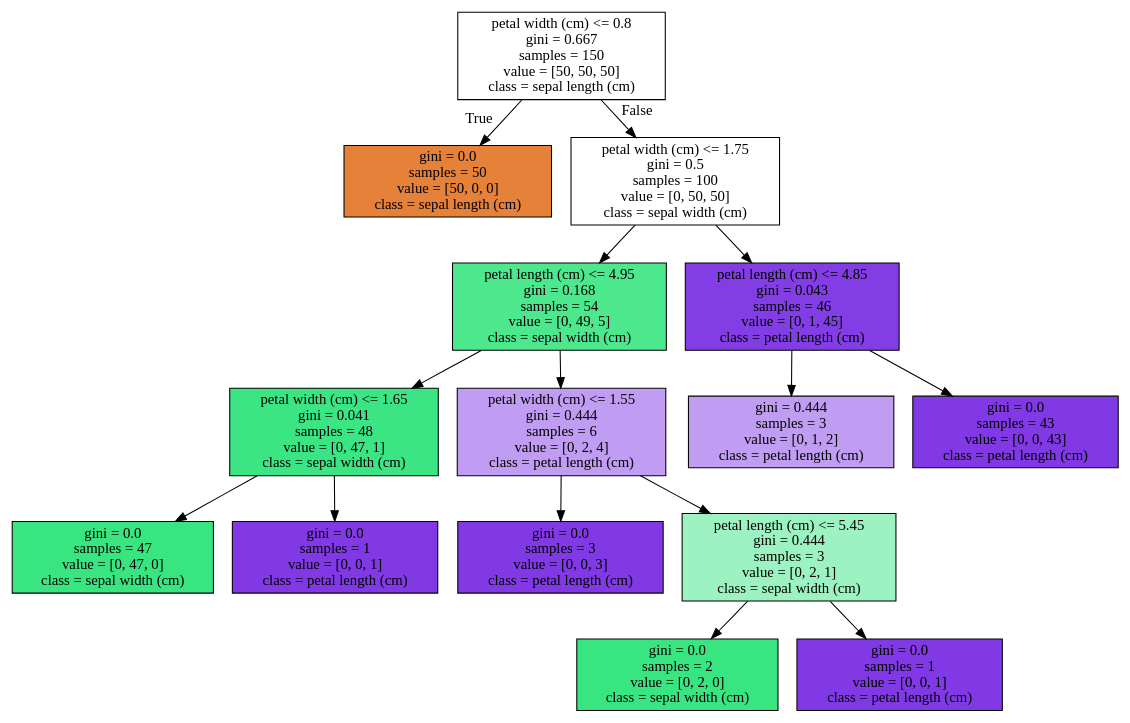
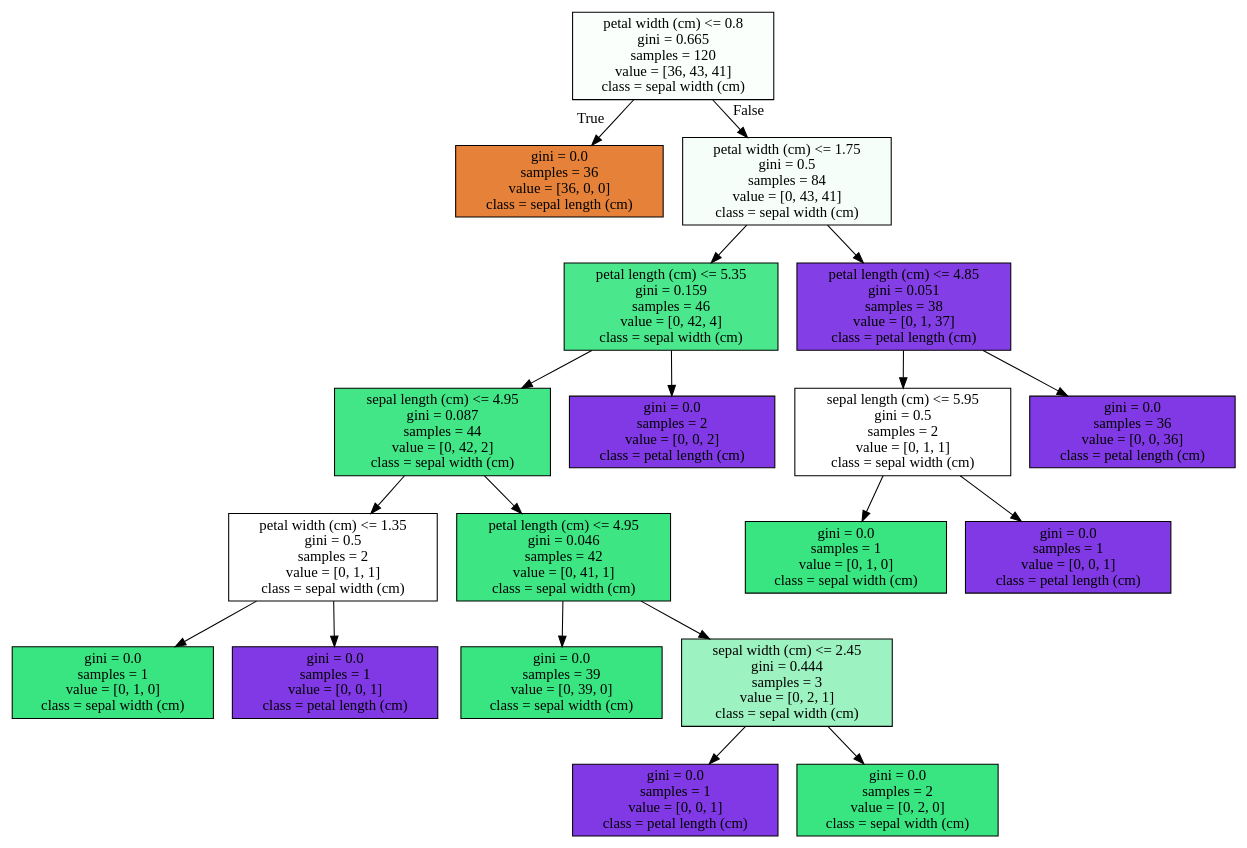
One commit to sohyeondian/python3 changed the diagram in source/iris_tree.dot. Above: the diagram before and after it, drawn with Graphviz. The commit also changed 22 other files, not shown here.

```diff
--- a/source/iris_tree.dot
+++ b/source/iris_tree.dot
@@ -1,32 +1,40 @@
 digraph Tree {
 node [shape=box, style="filled", color="black"] ;
-0 [label="petal width (cm) <= 0.8\ngini = 0.667\nsamples = 150\nvalue = [50, 50, 50]\nclass = sepal length (cm)", fillcolor="#e5813900"] ;
-1 [label="gini = 0.0\nsamples = 50\nvalue = [50, 0, 0]\nclass = sepal length (cm)", fillcolor="#e58139ff"] ;
+0 [label="petal width (cm) <= 0.8\ngini = 0.665\nsamples = 120\nvalue = [36, 43, 41]\nclass = sepal width (cm)", fillcolor="#39e58106"] ;
+1 [label="gini = 0.0\nsamples = 36\nvalue = [36, 0, 0]\nclass = sepal length (cm)", fillcolor="#e58139ff"] ;
 0 -> 1 [labeldistance=2.5, labelangle=45, headlabel="True"] ;
-2 [label="petal width (cm) <= 1.75\ngini = 0.5\nsamples = 100\nvalue = [0, 50, 50]\nclass = sepal width (cm)", fillcolor="#39e58100"] ;
+2 [label="petal width (cm) <= 1.75\ngini = 0.5\nsamples = 84\nvalue = [0, 43, 41]\nclass = sepal width (cm)", fillcolor="#39e5810c"] ;
 0 -> 2 [labeldistance=2.5, labelangle=-45, headlabel="False"] ;
-3 [label="petal length (cm) <= 4.95\ngini = 0.168\nsamples = 54\nvalue = [0, 49, 5]\nclass = sepal width (cm)", fillcolor="#39e581e5"] ;
+3 [label="petal length (cm) <= 5.35\ngini = 0.159\nsamples = 46\nvalue = [0, 42, 4]\nclass = sepal width (cm)", fillcolor="#39e581e7"] ;
 2 -> 3 ;
-4 [label="petal width (cm) <= 1.65\ngini = 0.041\nsamples = 48\nvalue = [0, 47, 1]\nclass = sepal width (cm)", fillcolor="#39e581fa"] ;
+4 [label="sepal length (cm) <= 4.95\ngini = 0.087\nsamples = 44\nvalue = [0, 42, 2]\nclass = sepal width (cm)", fillcolor="#39e581f3"] ;
 3 -> 4 ;
-5 [label="gini = 0.0\nsamples = 47\nvalue = [0, 47, 0]\nclass = sepal width (cm)", fillcolor="#39e581ff"] ;
+5 [label="petal width (cm) <= 1.35\ngini = 0.5\nsamples = 2\nvalue = [0, 1, 1]\nclass = sepal width (cm)", fillcolor="#39e58100"] ;
 4 -> 5 ;
-6 [label="gini = 0.0\nsamples = 1\nvalue = [0, 0, 1]\nclass = petal length (cm)", fillcolor="#8139e5ff"] ;
-4 -> 6 ;
-7 [label="petal width (cm) <= 1.55\ngini = 0.444\nsamples = 6\nvalue = [0, 2, 4]\nclass = petal length (cm)", fillcolor="#8139e57f"] ;
-3 -> 7 ;
-8 [label="gini = 0.0\nsamples = 3\nvalue = [0, 0, 3]\nclass = petal length (cm)", fillcolor="#8139e5ff"] ;
-7 -> 8 ;
-9 [label="petal length (cm) <= 5.45\ngini = 0.444\nsamples = 3\nvalue = [0, 2, 1]\nclass = sepal width (cm)", fillcolor="#39e5817f"] ;
-7 -> 9 ;
-10 [label="gini = 0.0\nsamples = 2\nvalue = [0, 2, 0]\nclass = sepal width (cm)", fillcolor="#39e581ff"] ;
-9 -> 10 ;
+6 [label="gini = 0.0\nsamples = 1\nvalue = [0, 1, 0]\nclass = sepal width (cm)", fillcolor="#39e581ff"] ;
+5 -> 6 ;
+7 [label="gini = 0.0\nsamples = 1\nvalue = [0, 0, 1]\nclass = petal length (cm)", fillcolor="#8139e5ff"] ;
+5 -> 7 ;
+8 [label="petal length (cm) <= 4.95\ngini = 0.046\nsamples = 42\nvalue = [0, 41, 1]\nclass = sepal width (cm)", fillcolor="#39e581f9"] ;
+4 -> 8 ;
+9 [label="gini = 0.0\nsamples = 39\nvalue = [0, 39, 0]\nclass = sepal width (cm)", fillcolor="#39e581ff"] ;
+8 -> 9 ;
+10 [label="sepal width (cm) <= 2.45\ngini = 0.444\nsamples = 3\nvalue = [0, 2, 1]\nclass = sepal width (cm)", fillcolor="#39e5817f"] ;
+8 -> 10 ;
 11 [label="gini = 0.0\nsamples = 1\nvalue = [0, 0, 1]\nclass = petal length (cm)", fillcolor="#8139e5ff"] ;
-9 -> 11 ;
-12 [label="petal length (cm) <= 4.85\ngini = 0.043\nsamples = 46\nvalue = [0, 1, 45]\nclass = petal length (cm)", fillcolor="#8139e5f9"] ;
-2 -> 12 ;
-13 [label="gini = 0.444\nsamples = 3\nvalue = [0, 1, 2]\nclass = petal length (cm)", fillcolor="#8139e57f"] ;
-12 -> 13 ;
-14 [label="gini = 0.0\nsamples = 43\nvalue = [0, 0, 43]\nclass = petal length (cm)", fillcolor="#8139e5ff"] ;
-12 -> 14 ;
+10 -> 11 ;
+12 [label="gini = 0.0\nsamples = 2\nvalue = [0, 2, 0]\nclass = sepal width (cm)", fillcolor="#39e581ff"] ;
+10 -> 12 ;
+13 [label="gini = 0.0\nsamples = 2\nvalue = [0, 0, 2]\nclass = petal length (cm)", fillcolor="#8139e5ff"] ;
+3 -> 13 ;
+14 [label="petal length (cm) <= 4.85\ngini = 0.051\nsamples = 38\nvalue = [0, 1, 37]\nclass = petal length (cm)", fillcolor="#8139e5f8"] ;
+2 -> 14 ;
+15 [label="sepal length (cm) <= 5.95\ngini = 0.5\nsamples = 2\nvalue = [0, 1, 1]\nclass = sepal width (cm)", fillcolor="#39e58100"] ;
+14 -> 15 ;
+16 [label="gini = 0.0\nsamples = 1\nvalue = [0, 1, 0]\nclass = sepal width (cm)", fillcolor="#39e581ff"] ;
+15 -> 16 ;
+17 [label="gini = 0.0\nsamples = 1\nvalue = [0, 0, 1]\nclass = petal length (cm)", fillcolor="#8139e5ff"] ;
+15 -> 17 ;
+18 [label="gini = 0.0\nsamples = 36\nvalue = [0, 0, 36]\nclass = petal length (cm)", fillcolor="#8139e5ff"] ;
+14 -> 18 ;
 }
```
